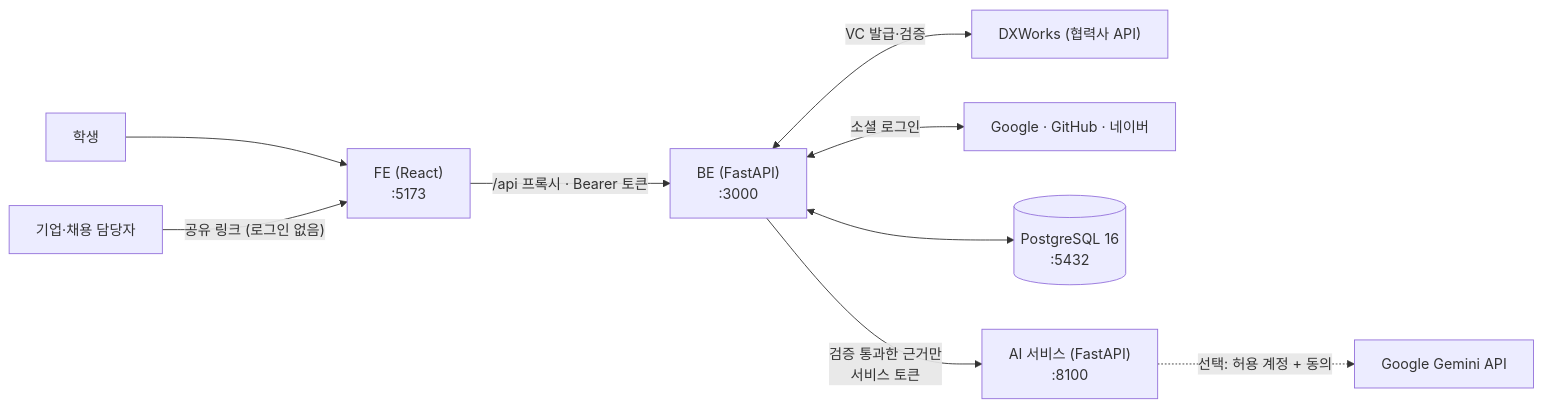
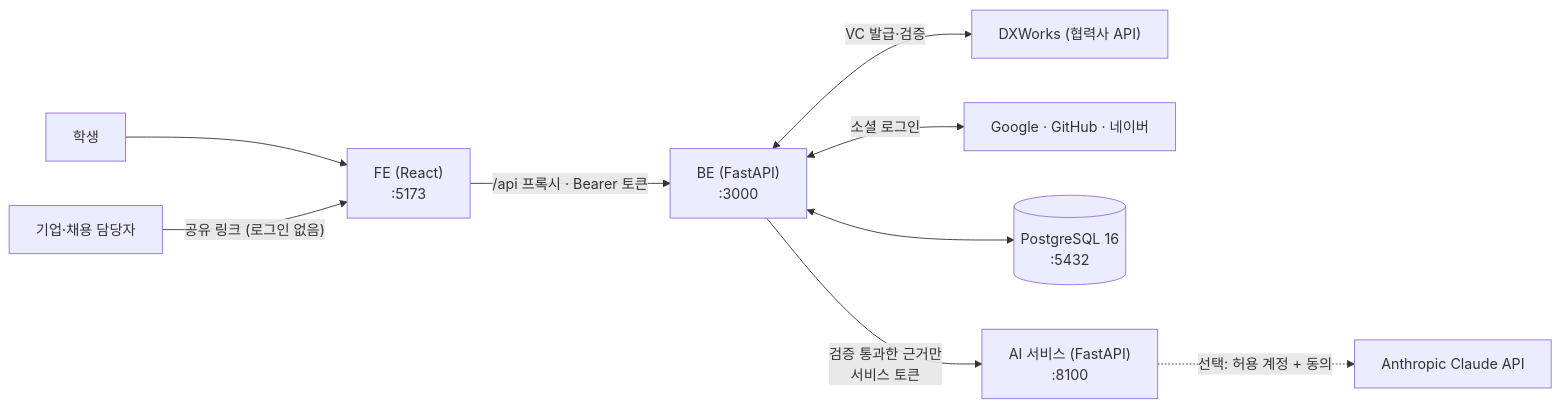
The diagram in README.md (HYUJIM/VC_AI_Career_agent), drawn with Mermaid before and after one commit. The commit also changed other lines of this file and 34 other files, not shown here.

````diff
--- a/README.md
+++ b/README.md
@@ -37,11 +37,11 @@
 ```mermaid
 flowchart LR
     S["학생"] --> FE["FE (React)<br/>:5173"]
     C["기업·채용 담당자"] -->|"공유 링크 (로그인 없음)"| FE
     FE -->|"/api 프록시 · Bearer 토큰"| BE["BE (FastAPI)<br/>:3000"]
     BE <-->|"VC 발급·검증"| DX["DXWorks (협력사 API)"]
     BE <-->|"소셜 로그인"| OA["Google · GitHub · 네이버"]
     BE <--> DB[("PostgreSQL 16<br/>:5432")]
     BE -->|"검증 통과한 근거만<br/>서비스 토큰"| AI["AI 서비스 (FastAPI)<br/>:8100"]
-    AI -.->|"선택: 허용 계정 + 동의"| GM["Google Gemini API"]
+    AI -.->|"선택: 허용 계정 + 동의"| GM["Anthropic Claude API"]
 ```
````
